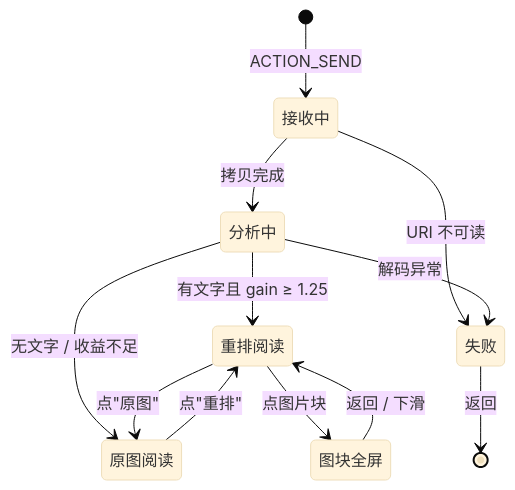
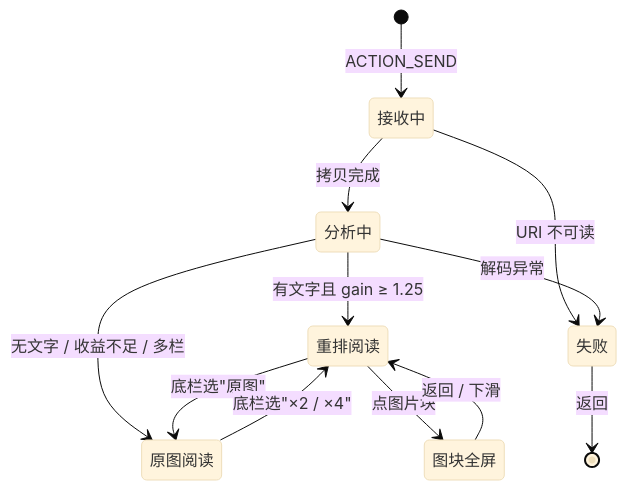
The diagram in docs/01-product.md (welbaken/pictext), drawn with Mermaid (base theme) before and after one commit. The commit also changed other lines of this file and 19 other files, not shown here.

````diff
--- a/docs/01-product.md
+++ b/docs/01-product.md
@@ -58,14 +62,14 @@
 ```mermaid
 stateDiagram-v2
     [*] --> 接收中: ACTION_SEND
     接收中 --> 分析中: 拷贝完成
     接收中 --> 失败: URI 不可读
     分析中 --> 重排阅读: 有文字且 gain ≥ 1.25
-    分析中 --> 原图阅读: 无文字 / 收益不足
+    分析中 --> 原图阅读: 无文字 / 收益不足 / 多栏
     分析中 --> 失败: 解码异常
-    重排阅读 --> 原图阅读: 点"原图"
-    原图阅读 --> 重排阅读: 点"重排"
+    重排阅读 --> 原图阅读: 底栏选"原图"
+    原图阅读 --> 重排阅读: 底栏选"×2 / ×4"
     重排阅读 --> 图块全屏: 点图片块
     图块全屏 --> 重排阅读: 返回 / 下滑
     失败 --> [*]: 返回
 ```
````
